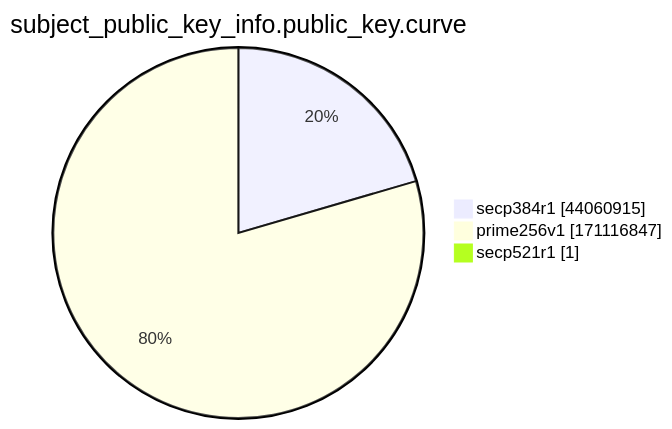
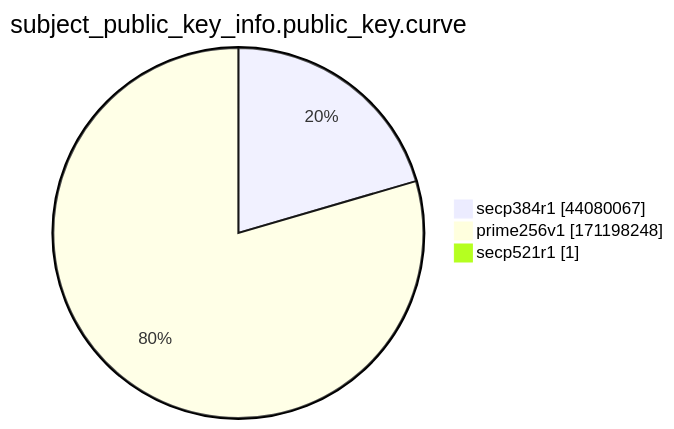
Before and after one commit to christiankrug/ctmonitor_visualization: the ninth of 15 diagrams in xenon2022/README.md, drawn with Mermaid. The commit also changed other lines of this file, not shown here.

````diff
--- a/xenon2022/README.md
+++ b/xenon2022/README.md
@@ -2871,7 +2871,7 @@
 ```mermaid
 pie showData
 title subject_public_key_info.public_key.curve
-"secp384r1" :44060915
-"prime256v1" :171116847
+"secp384r1" :44080067
+"prime256v1" :171198248
 "secp521r1" :1
 ```
````
